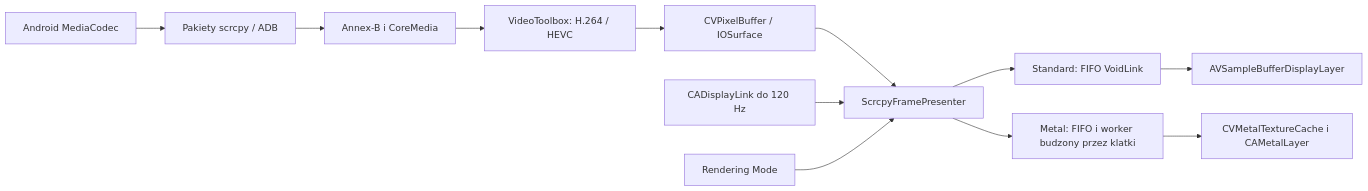
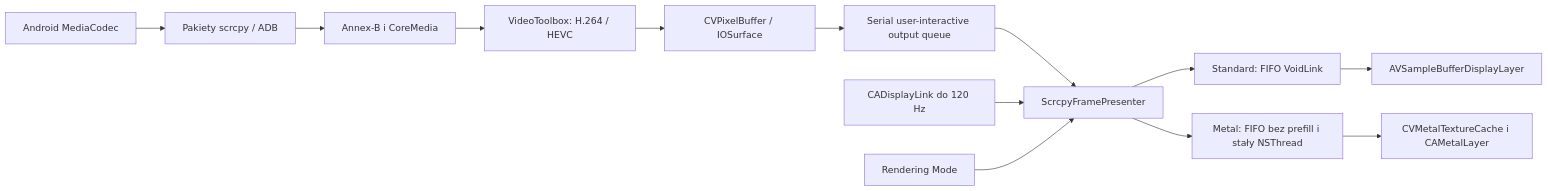
One commit to WillSmith4/screen changed the diagram in docs/native-video-rendering.md. Above: the diagram before and after it, drawn with Mermaid. The commit also changed other lines of this file and 10 other files, not shown here.

Commit message:
Match VoidLink Metal worker scheduling and measure presentation

````diff
--- a/docs/native-video-rendering.md
+++ b/docs/native-video-rendering.md
@@ -9,14 +9,15 @@
 ```mermaid
 flowchart LR
   Android[Android MediaCodec] --> ADB[Pakiety scrcpy / ADB]
   ADB --> Native[Annex-B i CoreMedia]
   Native --> VT[VideoToolbox: H.264 / HEVC]
   VT --> Surface[CVPixelBuffer / IOSurface]
-  Surface --> Presenter[ScrcpyFramePresenter]
+  Surface --> Output[Serial user-interactive output queue]
+  Output --> Presenter[ScrcpyFramePresenter]
   Clock[CADisplayLink do 120 Hz] --> Presenter
   Setting[Rendering Mode] --> Presenter
   Presenter --> Queue[Standard: FIFO VoidLink]
   Queue --> Standard[AVSampleBufferDisplayLayer]
-  Presenter --> MetalQueue[Metal: FIFO i worker budzony przez klatki]
+  Presenter --> MetalQueue[Metal: FIFO bez prefill i stały NSThread]
   MetalQueue --> Metal[CVMetalTextureCache i CAMetalLayer]
 ```
````
